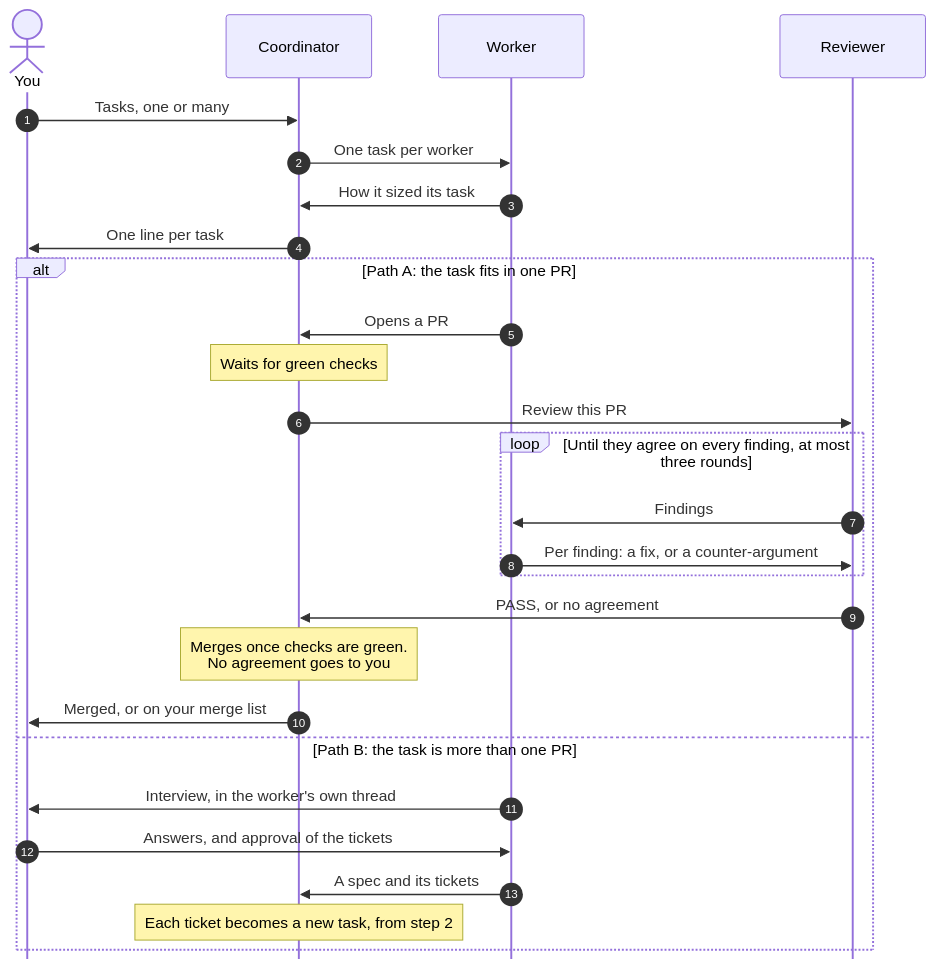
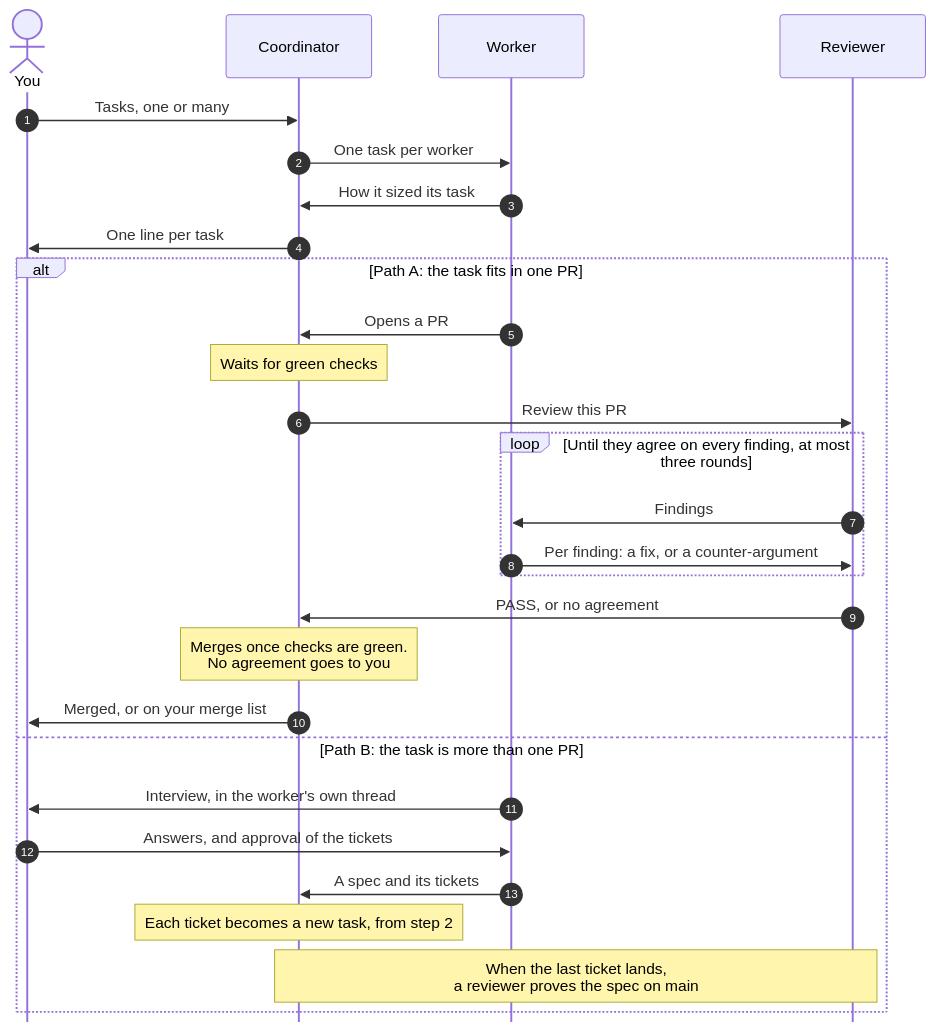
The diagram in README.md (dante-sparras/skills), drawn with Mermaid before and after one commit. The commit also changed other lines of this file and 32 other files, not shown here.

````diff
--- a/README.md
+++ b/README.md
@@ -16,32 +22,33 @@
 ```mermaid
 %%{init: {"sequence": {"mirrorActors": false}}}%%
 sequenceDiagram
     autonumber
     actor You
     participant C as Coordinator
     participant W as Worker
     participant R as Reviewer
 
     You->>C: Tasks, one or many
     C->>W: One task per worker
     W->>C: How it sized its task
     C->>You: One line per task
 
     alt Path A: the task fits in one PR
         W->>C: Opens a PR
         Note over C: Waits for green checks
         C->>R: Review this PR
         loop Until they agree on every finding, at most three rounds
             R->>W: Findings
             W->>R: Per finding: a fix, or a counter-argument
         end
         R->>C: PASS, or no agreement
         Note over C: Merges once checks are green.<br/>No agreement goes to you
         C->>You: Merged, or on your merge list
     else Path B: the task is more than one PR
         W->>You: Interview, in the worker's own thread
         You->>W: Answers, and approval of the tickets
         W->>C: A spec and its tickets
         Note over C: Each ticket becomes a new task, from step 2
+        Note over C,R: When the last ticket lands,<br/>a reviewer proves the spec on main
     end
 ```
````
